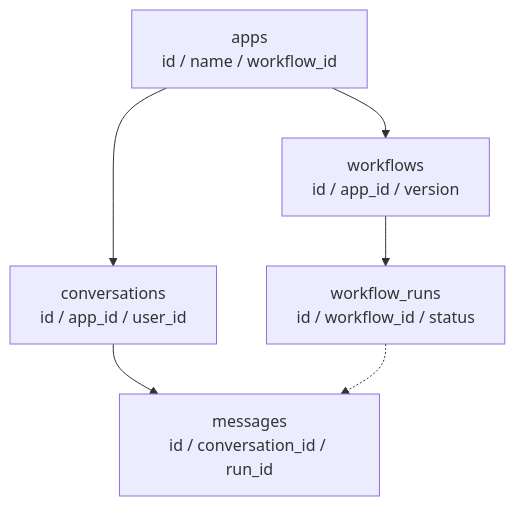
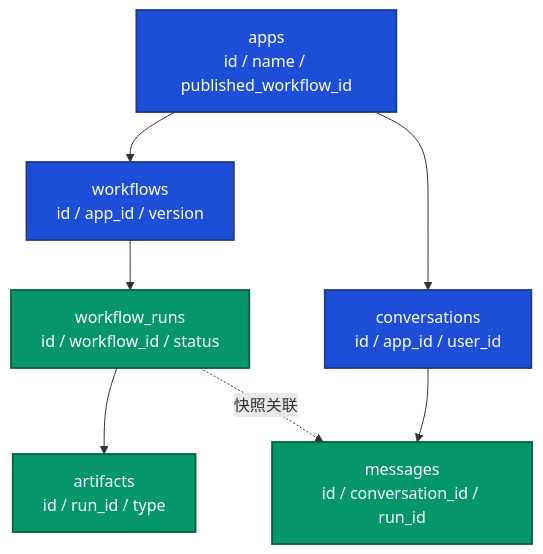
One commit to amuqiao/FastAPI-MVC changed the first of 2 diagrams in 7.提示词与AI协作/分析维度与标准出图/数据模型图.md. Above: the diagram before and after it, drawn with Mermaid. The commit also changed other lines of this file and 23 other files, not shown here.

````diff
--- a/7.提示词与AI协作/分析维度与标准出图/数据模型图.md
+++ b/7.提示词与AI协作/分析维度与标准出图/数据模型图.md
@@ -34,14 +39,22 @@
 ```mermaid
 flowchart TB
-    App["apps<br/>id / name / workflow_id"]
+    App["apps<br/>id / name / published_workflow_id"]
     Workflow["workflows<br/>id / app_id / version"]
     Run["workflow_runs<br/>id / workflow_id / status"]
     Conversation["conversations<br/>id / app_id / user_id"]
     Message["messages<br/>id / conversation_id / run_id"]
+    Artifact["artifacts<br/>id / run_id / type"]
 
     App --> Workflow
+    App --> Conversation
     Workflow --> Run
-    App --> Conversation
+    Run --> Artifact
     Conversation --> Message
-    Run -.-> Message
+    Run -.快照关联.-> Message
+
+    classDef entityStyle fill:#1d4ed8,stroke:#1e3a8a,stroke-width:1.8px,color:#ffffff
+    classDef eventStyle fill:#059669,stroke:#065f46,stroke-width:1.8px,color:#ffffff
+
+    class App,Workflow,Conversation entityStyle
+    class Run,Message,Artifact eventStyle
 ```
````
